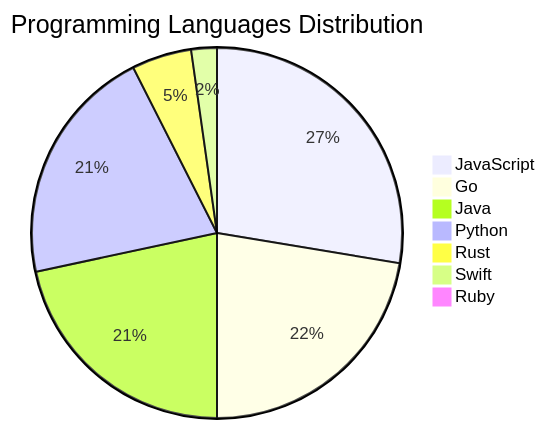
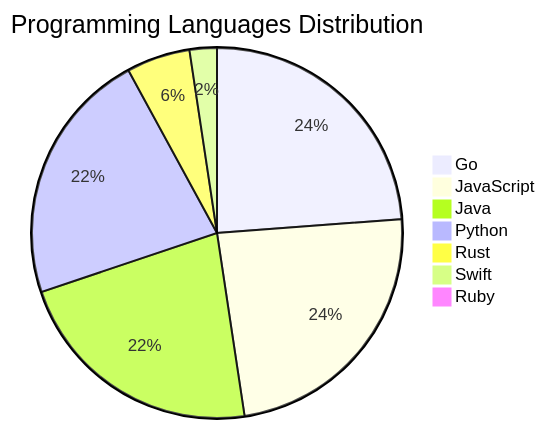
The diagram in README.md (Derrick-MUGISHA/github-activity-bot), drawn with Mermaid before and after one commit. The commit also changed other lines of this file and 4 other files, not shown here.

````diff
--- a/README.md
+++ b/README.md
@@ -207,10 +207,10 @@
 ```mermaid
 pie title Programming Languages Distribution
-    "JavaScript" : 37
     "Go" : 30
-    "Java" : 29
+    "JavaScript" : 30
+    "Java" : 28
     "Python" : 28
     "Rust" : 7
     "Swift" : 3
     "Ruby" : 1
 ```
````
